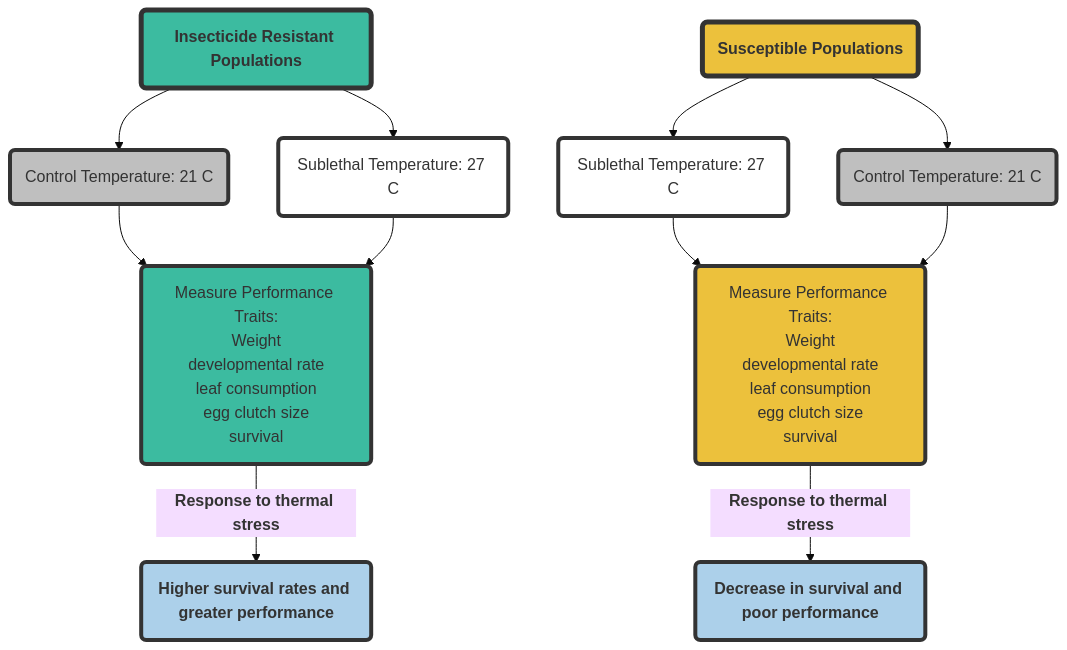
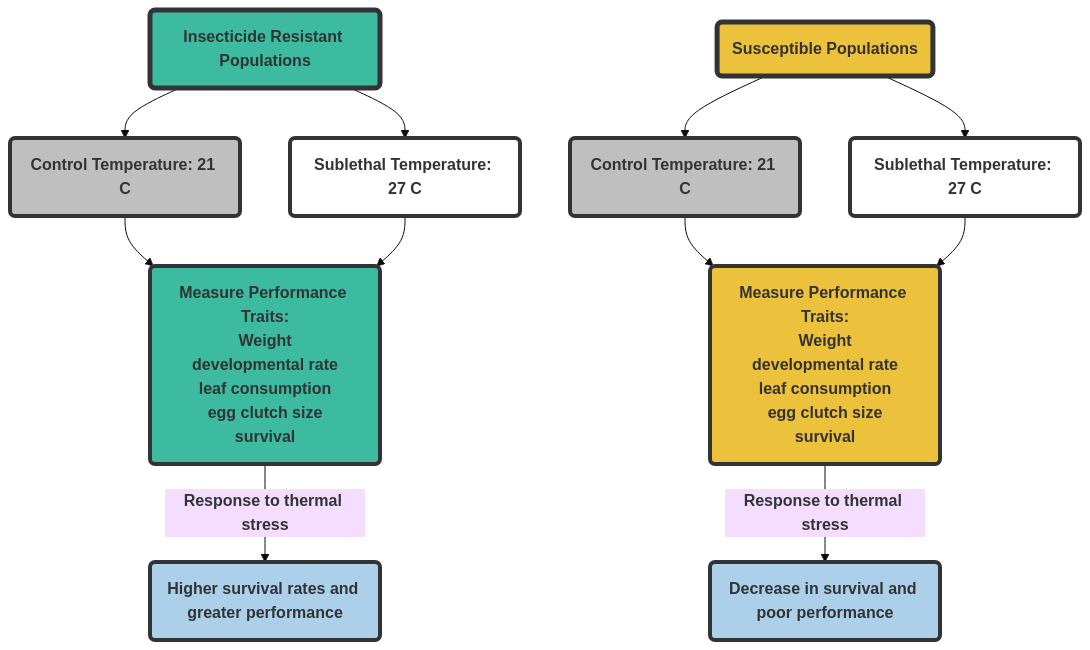
One commit to eribue/COMP-BIOL changed the diagram in ##How does sublethal heat stress influence phenotypic variation in resistant and susceptible Colorado potato beetle popu.md. Above: the diagram before and after it, drawn with Mermaid (base theme). The commit also changed other lines of this file and 3 other files, not shown here.

````diff
--- a/##How does sublethal heat stress influence phenotypic variation in resistant and susceptible Colorado potato beetle popu.md
+++ b/##How does sublethal heat stress influence phenotypic variation in resistant and susceptible Colorado potato beetle popu.md
@@ -3,27 +5,27 @@
 ```mermaid
 
 graph TD
 
 A(<b>Insecticide Resistant Populations)
 B(<b>Susceptible Populations)
-A --> C(Sublethal Temperature: 27 C)
-A --> D(Control Temperature: 21 C)
-B --> E(Sublethal Temperature: 27 C)
-B --> F(Control Temperature: 21 C)
-D--> G(Measure Performance Traits:<br>Weight<br>developmental rate<br>leaf consumption<br>egg clutch size<br>survival)
+A --> C(<b>Sublethal Temperature: 27 C)
+A --> D(<b>Control Temperature: 21 C)
+B --> F(<b>Sublethal Temperature: 27 C)
+B --> E(<b>Control Temperature: 21 C)
+D--> G(<b>Measure Performance Traits:<br>Weight<br>developmental rate<br>leaf consumption<br>egg clutch size<br>survival)
 C-->G
-E-->H(Measure Performance Traits:<br>Weight<br>developmental rate<br>leaf consumption<br>egg clutch size<br>survival)
+E-->H(<b>Measure Performance Traits:<br>Weight<br>developmental rate<br>leaf consumption<br>egg clutch size<br>survival)
 F-->H
 H-->|<b>Response to thermal stress|I(<b>Decrease in survival and poor performance)
 G-->|<b>Response to thermal stress|J(<b>Higher survival rates and greater performance)
 style A fill:#3cbba0,stroke:#333,stroke-width:5px;
 style B fill:#ecc13c,stroke:#333,stroke-width:5px;
 style C fill:#ffffff,stroke:#333,stroke-width:4px;
 style D fill:#bfbfbf,stroke:#333,stroke-width:4px;
-style E fill:#ffffff,stroke:#333,stroke-width:4px;
-style F fill:#bfbfbf,stroke:#333,stroke-width:4px;
+style E fill:#bfbfbf,stroke:#333,stroke-width:4px;
+style F fill:#ffffff,stroke:#333,stroke-width:4px;
 style G fill:#3cbba0,stroke:#333,stroke-width:4px;
 style H fill:#ecc13c,stroke:#333,stroke-width:4px;
 style I fill:#acd0ea,stroke:#333,stroke-width:4px;
 style J fill:#acd0ea,stroke:#333,stroke-width:4px;
 ```
````
